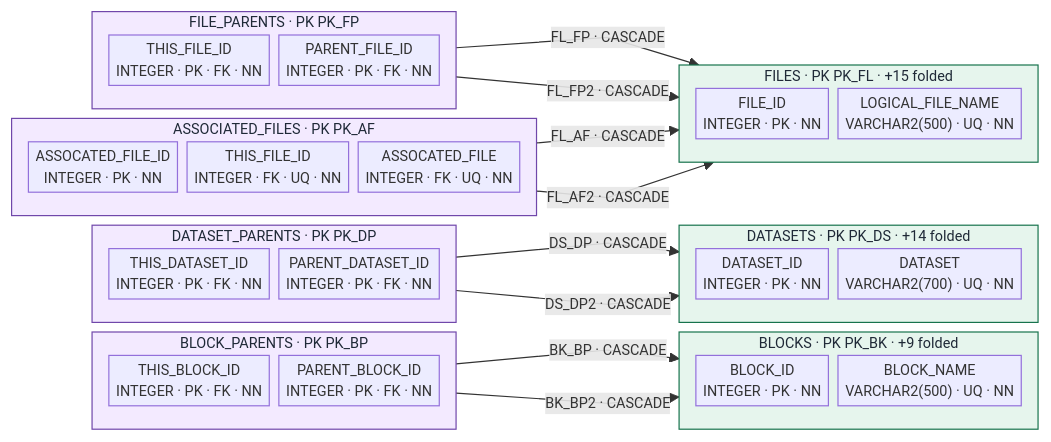
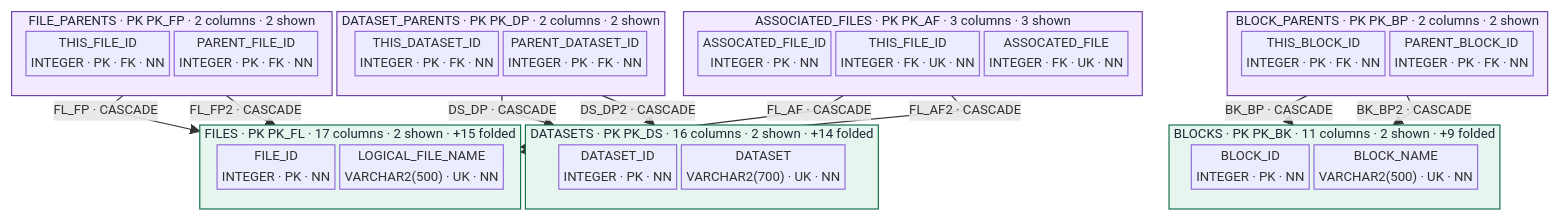
The seventh of 9 diagrams in docs/schema/README.domains.md (todor-ivanov/dbs2go), drawn with Mermaid before and after one commit. The commit also changed other lines of this file and 12 other files, not shown here.

````diff
--- a/docs/schema/README.domains.md
+++ b/docs/schema/README.domains.md
@@ -525,55 +497,61 @@
 ```mermaid
-%%{init: {"flowchart": {"nodeSpacing": 8, "rankSpacing": 14, "curve": "linear", "padding": 3}, "themeVariables": {"fontSize": "12px"}}}%%
-flowchart LR
-  subgraph n_sg_ASSOCIATED_FILES["ASSOCIATED_FILES · PK PK_AF"]
+%%{init: {"flowchart": {"nodeSpacing": 4, "rankSpacing": 8, "curve": "linear", "padding": 2}, "themeVariables": {"fontSize": "11px"}}}%%
+flowchart TB
+  subgraph n_sg_ASSOCIATED_FILES["ASSOCIATED_FILES · PK PK_AF · 3 columns · 3 shown"]
     direction TB
     n_ASSOCIATED_FILES__ASSOCATED_FILE_ID["ASSOCATED_FILE_ID<br/>INTEGER · PK · NN"]
-    n_ASSOCIATED_FILES__THIS_FILE_ID["THIS_FILE_ID<br/>INTEGER · FK · UQ · NN"]
-    n_ASSOCIATED_FILES__ASSOCATED_FILE["ASSOCATED_FILE<br/>INTEGER · FK · UQ · NN"]
+    n_ASSOCIATED_FILES__THIS_FILE_ID["THIS_FILE_ID<br/>INTEGER · FK · UK · NN"]
+    n_ASSOCIATED_FILES__ASSOCATED_FILE["ASSOCATED_FILE<br/>INTEGER · FK · UK · NN"]
   end
   style n_sg_ASSOCIATED_FILES fill:#F3EAFF,stroke:#7047AA,color:#1f2937
-  subgraph n_sg_BLOCKS["BLOCKS · PK PK_BK · +9 folded"]
+  subgraph n_sg_BLOCKS["BLOCKS · PK PK_BK · 11 columns · 2 shown · +9 folded"]
     direction TB
     n_BLOCKS__BLOCK_ID["BLOCK_ID<br/>INTEGER · PK · NN"]
-    n_BLOCKS__BLOCK_NAME["BLOCK_NAME<br/>VARCHAR2(500) · UQ · NN"]
+    n_BLOCKS__BLOCK_NAME["BLOCK_NAME<br/>VARCHAR2(500) · UK · NN"]
   end
   style n_sg_BLOCKS fill:#E6F5ED,stroke:#17734D,color:#1f2937
-  subgraph n_sg_BLOCK_PARENTS["BLOCK_PARENTS · PK PK_BP"]
+  subgraph n_sg_BLOCK_PARENTS["BLOCK_PARENTS · PK PK_BP · 2 columns · 2 shown"]
     direction TB
     n_BLOCK_PARENTS__THIS_BLOCK_ID["THIS_BLOCK_ID<br/>INTEGER · PK · FK · NN"]
     n_BLOCK_PARENTS__PARENT_BLOCK_ID["PARENT_BLOCK_ID<br/>INTEGER · PK · FK · NN"]
   end
   style n_sg_BLOCK_PARENTS fill:#F3EAFF,stroke:#7047AA,color:#1f2937
-  subgraph n_sg_DATASETS["DATASETS · PK PK_DS · +14 folded"]
+  subgraph n_sg_DATASETS["DATASETS · PK PK_DS · 16 columns · 2 shown · +14 folded"]
     direction TB
     n_DATASETS__DATASET_ID["DATASET_ID<br/>INTEGER · PK · NN"]
-    n_DATASETS__DATASET["DATASET<br/>VARCHAR2(700) · UQ · NN"]
+    n_DATASETS__DATASET["DATASET<br/>VARCHAR2(700) · UK · NN"]
   end
   style n_sg_DATASETS fill:#E6F5ED,stroke:#17734D,color:#1f2937
-  subgraph n_sg_DATASET_PARENTS["DATASET_PARENTS · PK PK_DP"]
+  subgraph n_sg_DATASET_PARENTS["DATASET_PARENTS · PK PK_DP · 2 columns · 2 shown"]
     direction TB
     n_DATASET_PARENTS__THIS_DATASET_ID["THIS_DATASET_ID<br/>INTEGER · PK · FK · NN"]
     n_DATASET_PARENTS__PARENT_DATASET_ID["PARENT_DATASET_ID<br/>INTEGER · PK · FK · NN"]
   end
   style n_sg_DATASET_PARENTS fill:#F3EAFF,stroke:#7047AA,color:#1f2937
-  subgraph n_sg_FILES["FILES · PK PK_FL · +15 folded"]
+  subgraph n_sg_FILES["FILES · PK PK_FL · 17 columns · 2 shown · +15 folded"]
     direction TB
     n_FILES__FILE_ID["FILE_ID<br/>INTEGER · PK · NN"]
-    n_FILES__LOGICAL_FILE_NAME["LOGICAL_FILE_NAME<br/>VARCHAR2(500) · UQ · NN"]
+    n_FILES__LOGICAL_FILE_NAME["LOGICAL_FILE_NAME<br/>VARCHAR2(500) · UK · NN"]
   end
   style n_sg_FILES fill:#E6F5ED,stroke:#17734D,color:#1f2937
-  subgraph n_sg_FILE_PARENTS["FILE_PARENTS · PK PK_FP"]
+  subgraph n_sg_FILE_PARENTS["FILE_PARENTS · PK PK_FP · 2 columns · 2 shown"]
     direction TB
     n_FILE_PARENTS__THIS_FILE_ID["THIS_FILE_ID<br/>INTEGER · PK · FK · NN"]
     n_FILE_PARENTS__PARENT_FILE_ID["PARENT_FILE_ID<br/>INTEGER · PK · FK · NN"]
   end
   style n_sg_FILE_PARENTS fill:#F3EAFF,stroke:#7047AA,color:#1f2937
+  n_sg_ASSOCIATED_FILES ~~~ n_sg_BLOCKS
+  n_sg_BLOCKS ~~~ n_sg_BLOCK_PARENTS
+  n_sg_BLOCK_PARENTS ~~~ n_sg_DATASETS
+  n_sg_DATASETS ~~~ n_sg_DATASET_PARENTS
+  n_sg_DATASET_PARENTS ~~~ n_sg_FILES
+  n_sg_FILES ~~~ n_sg_FILE_PARENTS
   n_ASSOCIATED_FILES__THIS_FILE_ID -->|"FL_AF · CASCADE"| n_FILES__FILE_ID
   n_ASSOCIATED_FILES__ASSOCATED_FILE -->|"FL_AF2 · CASCADE"| n_FILES__FILE_ID
   n_BLOCK_PARENTS__THIS_BLOCK_ID -->|"BK_BP · CASCADE"| n_BLOCKS__BLOCK_ID
   n_BLOCK_PARENTS__PARENT_BLOCK_ID -->|"BK_BP2 · CASCADE"| n_BLOCKS__BLOCK_ID
   n_DATASET_PARENTS__THIS_DATASET_ID -->|"DS_DP · CASCADE"| n_DATASETS__DATASET_ID
   n_DATASET_PARENTS__PARENT_DATASET_ID -->|"DS_DP2 · CASCADE"| n_DATASETS__DATASET_ID
   n_FILE_PARENTS__THIS_FILE_ID -->|"FL_FP · CASCADE"| n_FILES__FILE_ID
   n_FILE_PARENTS__PARENT_FILE_ID -->|"FL_FP2 · CASCADE"| n_FILES__FILE_ID
 ```
````
